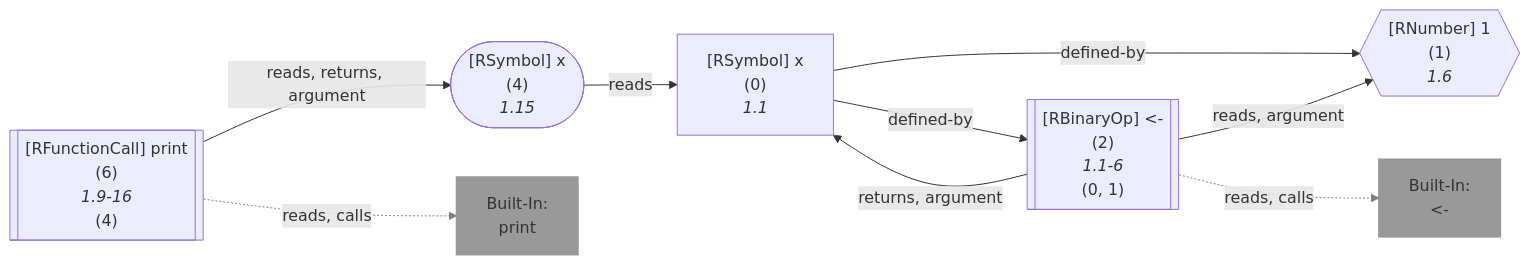
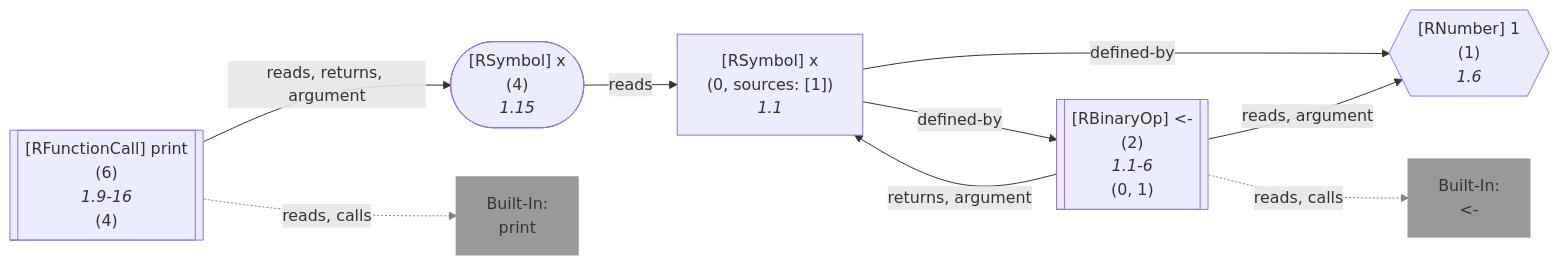
Before and after one commit to flowr-analysis/flowr: the second of 2 diagrams in wiki/Core.md, drawn with Mermaid. The commit also changed other lines of this file and 90 other files, not shown here.

````diff
--- a/wiki/Core.md
+++ b/wiki/Core.md
@@ -387,37 +389,37 @@
 ```mermaid
 flowchart LR
     1{{"`#91;RNumber#93; 1
       (1)
       *1.6*`"}}
    %% No edges found for 1
     0["`#91;RSymbol#93; x
-      (0)
+      (0, sources: [1])
       *1.1*`"]
     2[["`#91;RBinaryOp#93; #60;#45;
       (2)
       *1.1-6*
     (0, 1)`"]]
     built-in:_-["`Built-In:
 #60;#45;`"]
     style built-in:_- stroke:gray,fill:gray,stroke-width:2px,opacity:.8;
     4(["`#91;RSymbol#93; x
       (4)
       *1.15*`"])
     6[["`#91;RFunctionCall#93; print
       (6)
       *1.9-16*
     (4)`"]]
     built-in:print["`Built-In:
 print`"]
     style built-in:print stroke:gray,fill:gray,stroke-width:2px,opacity:.8;
     0 -->|"defined-by"| 1
     0 -->|"defined-by"| 2
     2 -->|"reads, argument"| 1
     2 -->|"returns, argument"| 0
     2 -.->|"reads, calls"| built-in:_-
     linkStyle 4 stroke:gray;
     4 -->|"reads"| 0
     6 -->|"reads, returns, argument"| 4
     6 -.->|"reads, calls"| built-in:print
     linkStyle 7 stroke:gray;
 ```
````
